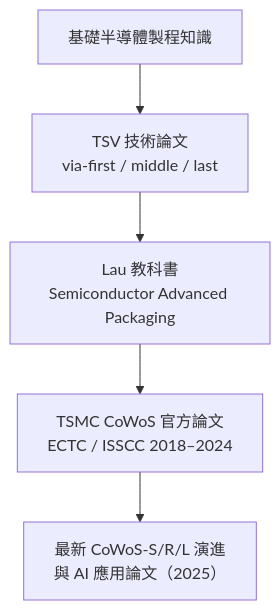
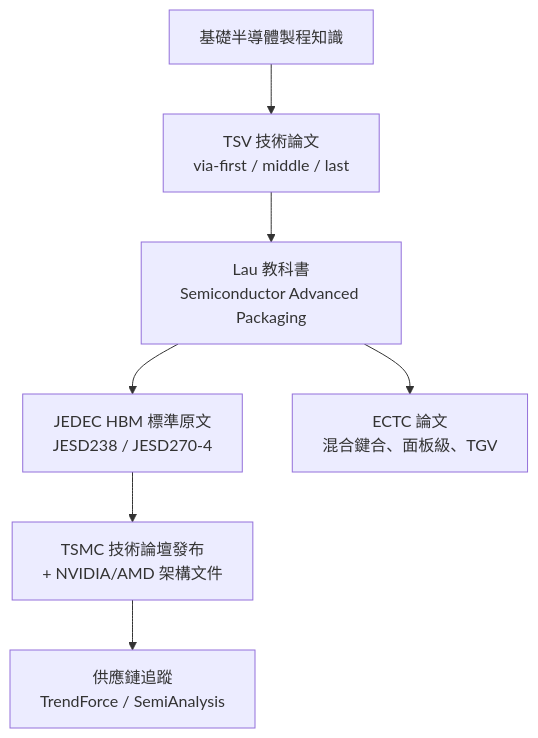
Before and after one commit to wizardhsiehcom/book: the diagram in docs/cowos/appendix-references.md, drawn with Mermaid. The commit also changed other lines of this file and 33 other files, not shown here.

````diff
--- a/docs/cowos/appendix-references.md
+++ b/docs/cowos/appendix-references.md
@@ -69,9 +110,14 @@
 ```mermaid
 flowchart TD
     A["基礎半導體製程知識"]
     B["TSV 技術論文<br/>via-first / middle / last"]
     C["Lau 教科書<br/>Semiconductor Advanced Packaging"]
-    D["TSMC CoWoS 官方論文<br/>ECTC / ISSCC 2018–2024"]
-    E["最新 CoWoS-S/R/L 演進<br/>與 AI 應用論文（2025）"]
-    A --> B --> C --> D --> E
+    D["JEDEC HBM 標準原文<br/>JESD238 / JESD270-4"]
+    E["TSMC 技術論壇發布<br/>+ NVIDIA/AMD 架構文件"]
+    F["ECTC 論文<br/>混合鍵合、面板級、TGV"]
+    G["供應鏈追蹤<br/>TrendForce / SemiAnalysis"]
+    A --> B --> C
+    C --> D --> E
+    C --> F
+    E --> G
 ```
````
